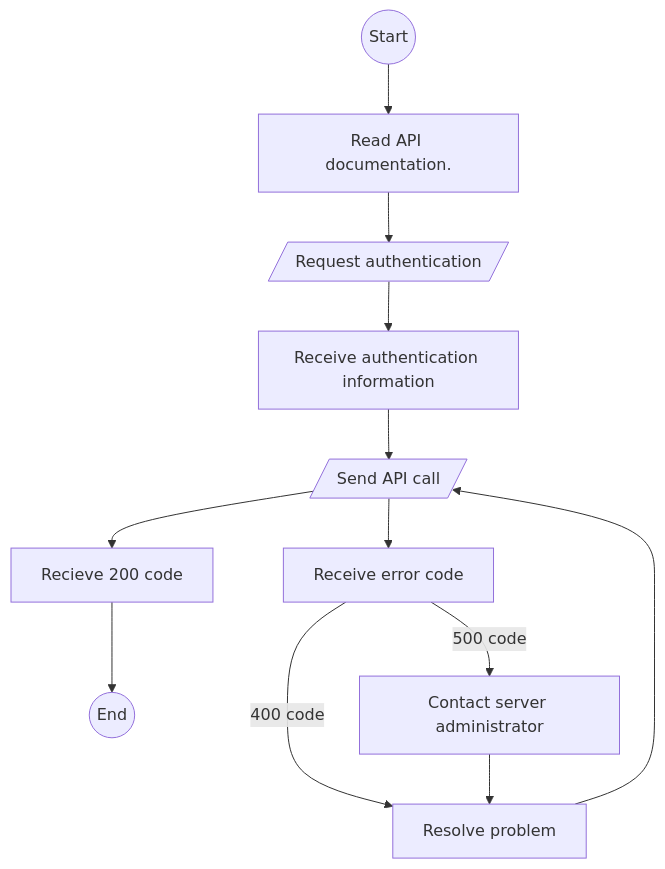
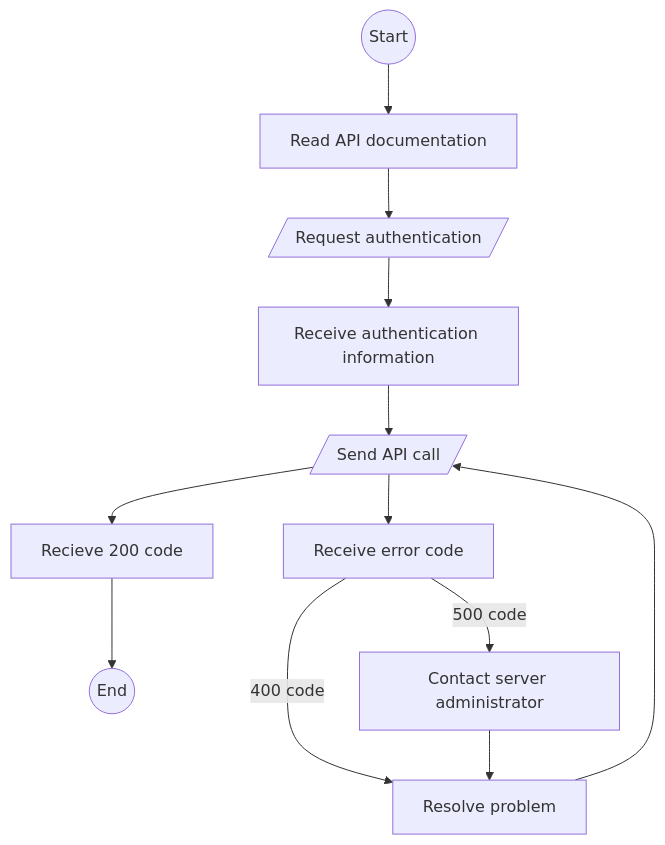
The diagram in student-work/2023/Sharon-Schnee/api-final-project/readme.md (yusale9/student-showcase), drawn with Mermaid before and after one commit.

````diff
--- a/student-work/2023/Sharon-Schnee/api-final-project/readme.md
+++ b/student-work/2023/Sharon-Schnee/api-final-project/readme.md
@@ -13,14 +13,14 @@
 ```mermaid
    flowchart TD
-   A((Start))-->B[Read API documentation.];
+   A((Start))-->B[Read API documentation];
    B-->C[/Request authentication/];
    C-->D[Receive authentication information];
    D-->E[/Send API call/];
    E-->F[Recieve 200 code];
    F-->G((End));
    E-->H[Receive error code];
    H--400 code-->J;
    H--500 code-->I[Contact server administrator];
    I-->J[Resolve problem];
    J-->E;
 ```
````
